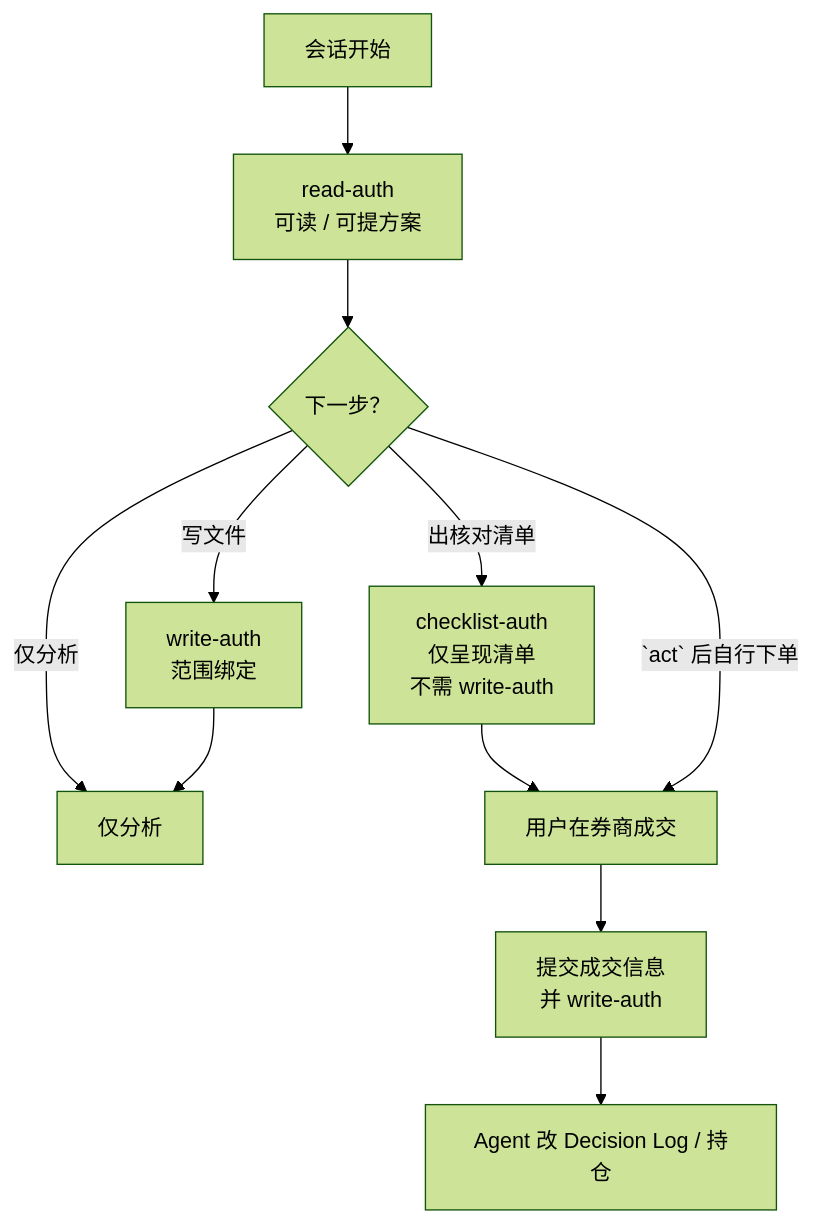
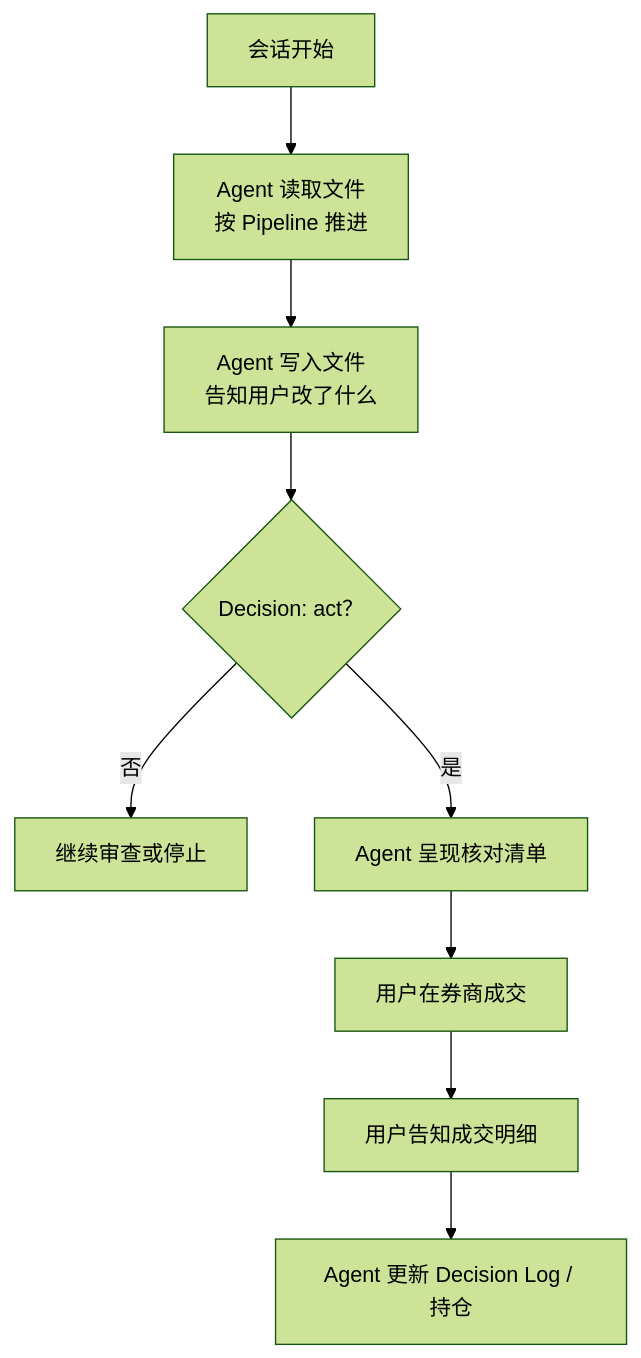
Before and after one commit to Meta11ic0/PIOS: the second of 2 diagrams in ARCHITECTURE.md, drawn with Mermaid (forest theme). The commit also changed other lines of this file and 25 other files, not shown here.

````diff
--- a/ARCHITECTURE.md
+++ b/ARCHITECTURE.md
@@ -376,13 +397,11 @@
 ```mermaid
 flowchart TD
-  Start["会话开始"] --> A1["read-auth<br/>可读 / 可提方案"]
-  A1 --> Need{"下一步？"}
-  Need -->|仅分析| Done["仅分析"]
-  Need -->|写文件| A2["write-auth<br/>范围绑定"]
-  Need -->|出核对清单| A3["checklist-auth<br/>仅呈现清单<br/>不需 write-auth"]
-  A2 --> Done
-  A3 --> Broker["用户在券商成交"]
-  Need -->|`act` 后自行下单| Broker
-  Broker --> Tell["提交成交信息<br/>并 write-auth"]
-  Tell --> WB["Agent 改 Decision Log / 持仓"]
+  Start["会话开始"] --> Agent["Agent 读取文件<br/>按 Pipeline 推进"]
+  Agent --> Write["Agent 写入文件<br/>告知用户改了什么"]
+  Write --> Decision{"Decision: act？"}
+  Decision -->|否| Done["继续审查或停止"]
+  Decision -->|是| Checklist["Agent 呈现核对清单"]
+  Checklist --> Broker["用户在券商成交"]
+  Broker --> Tell["用户告知成交明细"]
+  Tell --> WB["Agent 更新 Decision Log / 持仓"]
 ```
````
